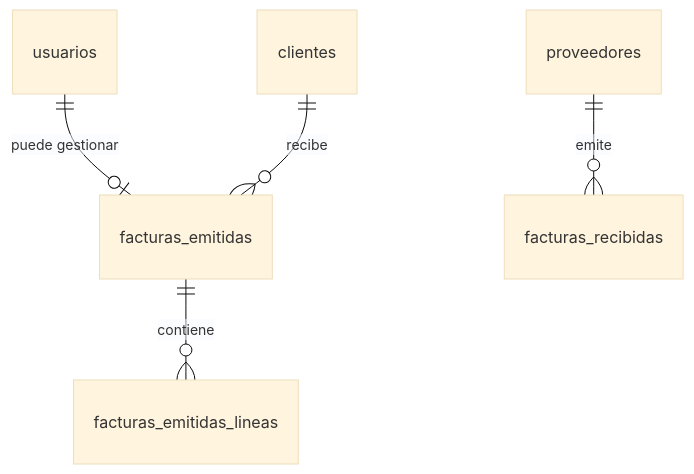
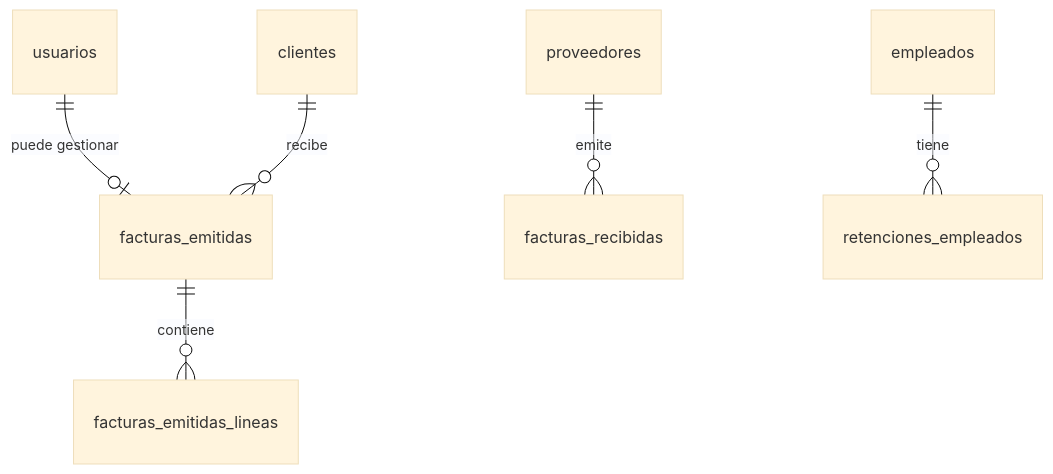
One commit to nelsongil/contable changed the diagram in DATABASE.md. Above: the diagram before and after it, drawn with Mermaid (base theme). The commit also changed other lines of this file and 9 other files, not shown here.

````diff
--- a/DATABASE.md
+++ b/DATABASE.md
@@ -56,7 +81,8 @@
 ```mermaid
 erDiagram
     usuarios ||--o| facturas_emitidas : "puede gestionar"
     clientes ||--o{ facturas_emitidas : "recibe"
     facturas_emitidas ||--o{ facturas_emitidas_lineas : "contiene"
     proveedores ||--o{ facturas_recibidas : "emite"
+    empleados ||--o{ retenciones_empleados : "tiene"
 ```
````
